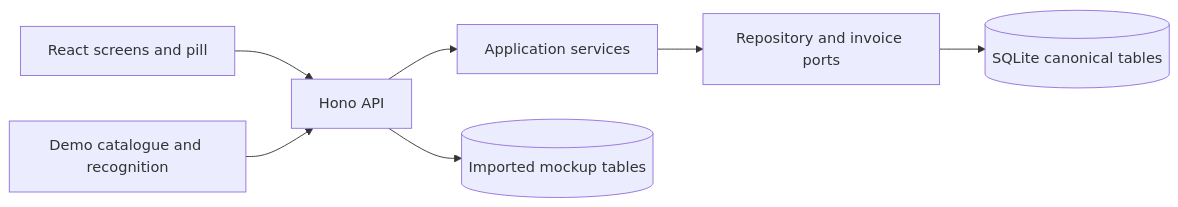
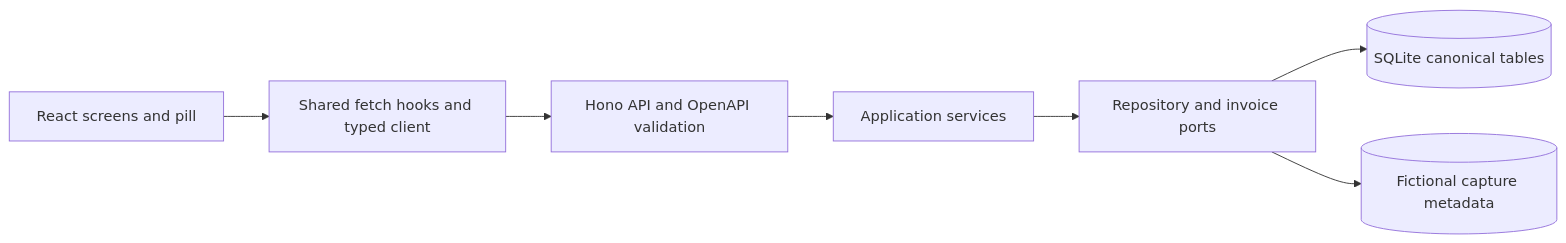
One commit to Rajavik-git/TimeKeeper changed the diagram in docs/implementation/architecture.md. Above: the diagram before and after it, drawn with Mermaid. The commit also changed other lines of this file and 227 other files, not shown here.

````diff
--- a/docs/implementation/architecture.md
+++ b/docs/implementation/architecture.md
@@ -5,9 +5,9 @@
 ```mermaid
 flowchart LR
-  UI[React screens and pill] --> API[Hono API]
+  UI[React screens and pill] --> Fetch[Shared fetch hooks and typed client]
+  Fetch --> API[Hono API and OpenAPI validation]
   API --> UseCases[Application services]
   UseCases --> Ports[Repository and invoice ports]
   Ports --> DB[(SQLite canonical tables)]
-  Legacy[Demo catalogue and recognition] --> API
-  API --> LegacyDB[(Imported mockup tables)]
+  Ports --> FixtureDB[(Fictional capture metadata)]
 ```
````
